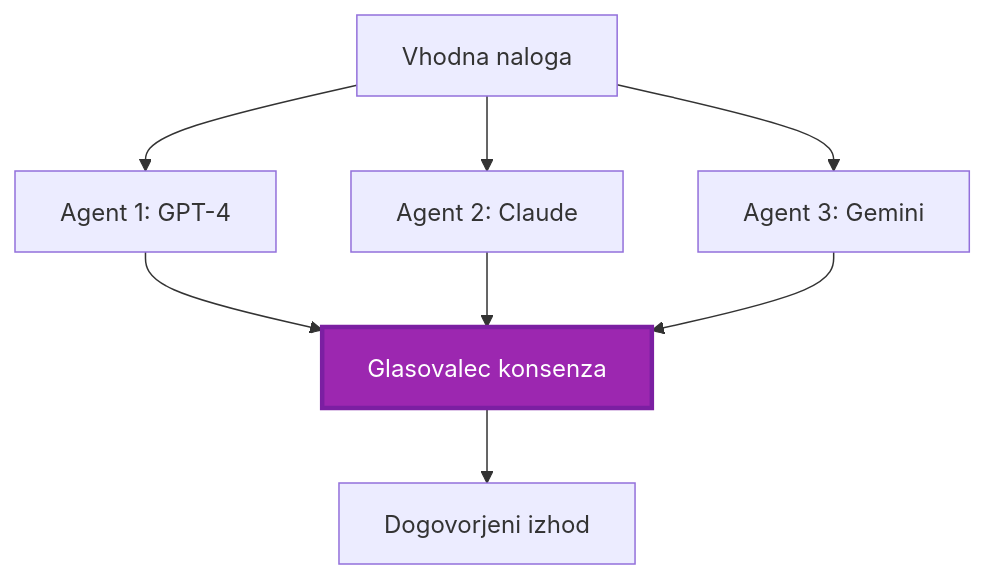
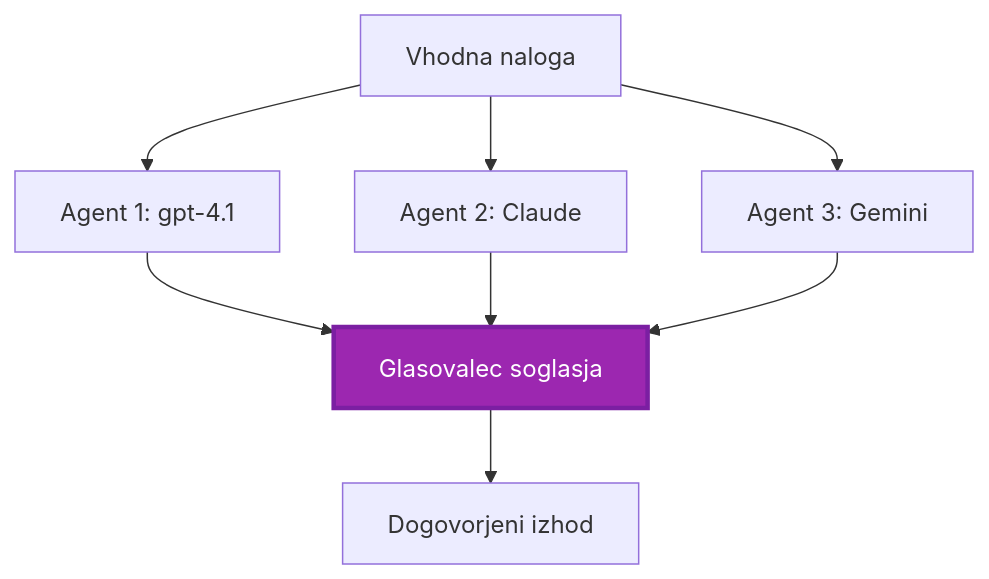
Before and after one commit to microsoft/AZD-for-beginners: the fifth of 6 diagrams in translations/sl/docs/chapter-06-pre-deployment/coordination-patterns.md, drawn with Mermaid. The commit also changed other lines of this file and 101 other files, not shown here.

````diff
--- a/translations/sl/docs/chapter-06-pre-deployment/coordination-patterns.md
+++ b/translations/sl/docs/chapter-06-pre-deployment/coordination-patterns.md
@@ -231,19 +225,19 @@
 ```mermaid
 graph TB
     Input[Vhodna naloga]
-    Agent1[Agent 1: GPT-4]
+    Agent1[Agent 1: gpt-4.1]
     Agent2[Agent 2: Claude]
     Agent3[Agent 3: Gemini]
-    Voter[Glasovalec konsenza]
+    Voter[Glasovalec soglasja]
     Output[Dogovorjeni izhod]
     
     Input --> Agent1
     Input --> Agent2
     Input --> Agent3
     Agent1 --> Voter
     Agent2 --> Voter
     Agent3 --> Voter
     Voter --> Output
     
     style Voter fill:#9C27B0,stroke:#7B1FA2,stroke-width:3px,color:#fff
 ```
````
